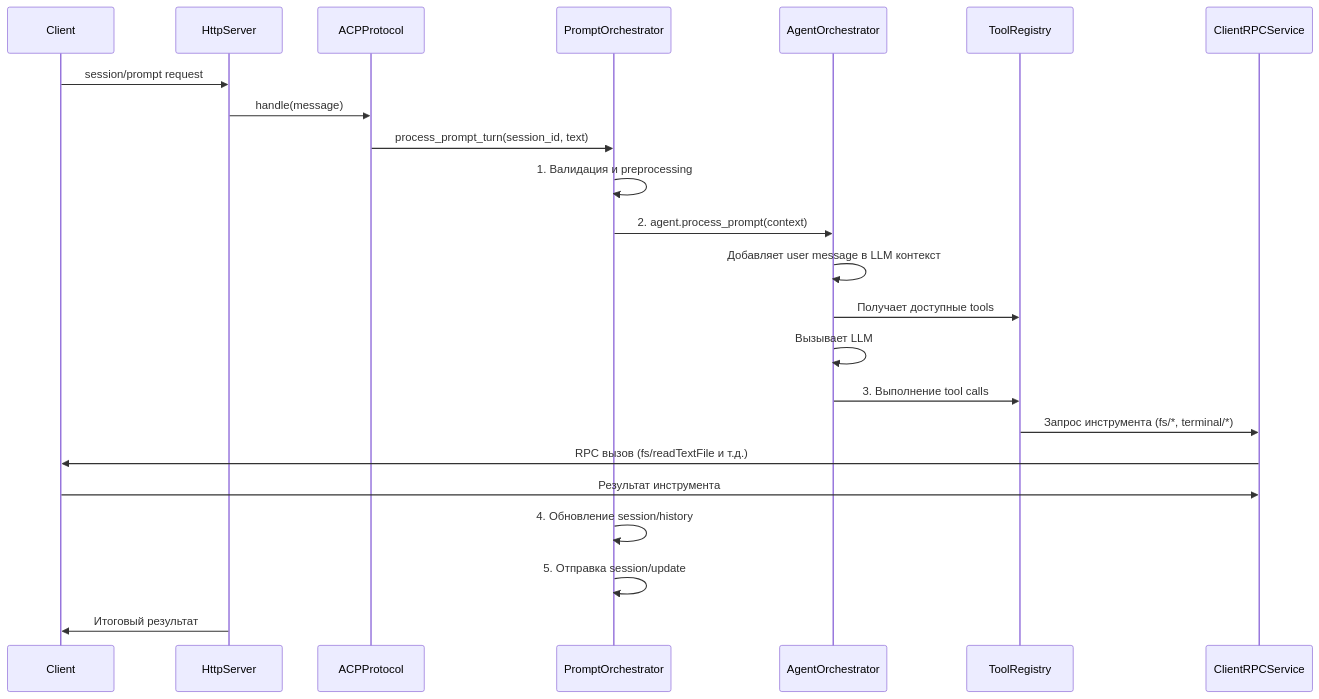
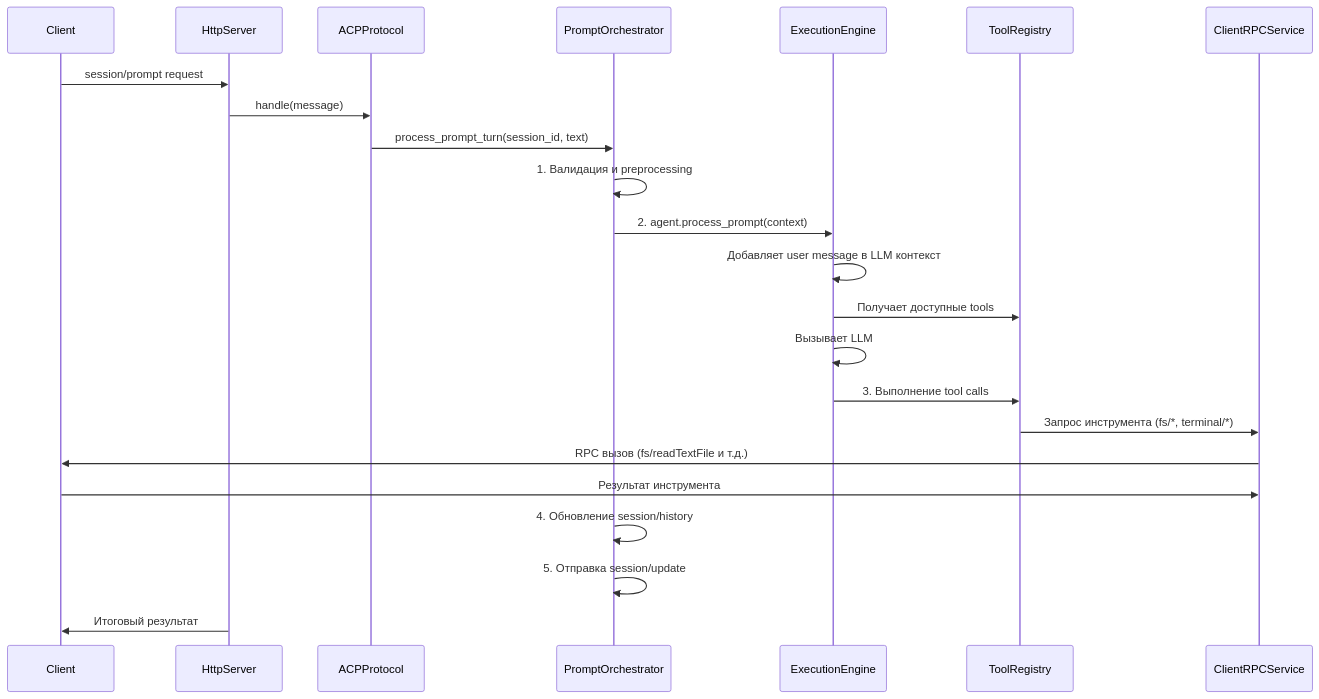
One commit to pese-git/codelab-agent changed the fifth of 15 diagrams in ARCHITECTURE.md. Above: the diagram before and after it, drawn with Mermaid. The commit also changed other lines of this file and 10 other files, not shown here.

````diff
--- a/ARCHITECTURE.md
+++ b/ARCHITECTURE.md
@@ -291,32 +291,32 @@
 ```mermaid
 sequenceDiagram
     participant Client
     participant HttpServer
     participant ACPProtocol
     participant PromptOrch as PromptOrchestrator
-    participant Agent as AgentOrchestrator
+    participant Agent as ExecutionEngine
     participant Tools as ToolRegistry
     participant ClientRPC as ClientRPCService
 
     Client->>HttpServer: session/prompt request
     HttpServer->>ACPProtocol: handle(message)
     
     ACPProtocol->>PromptOrch: process_prompt_turn(session_id, text)
     
     PromptOrch->>PromptOrch: 1. Валидация и preprocessing
     
     PromptOrch->>Agent: 2. agent.process_prompt(context)
     Agent->>Agent: Добавляет user message в LLM контекст
     Agent->>Tools: Получает доступные tools
     Agent->>Agent: Вызывает LLM
     
     Agent->>Tools: 3. Выполнение tool calls
     Tools->>ClientRPC: Запрос инструмента (fs/*, terminal/*)
     ClientRPC->>Client: RPC вызов (fs/readTextFile и т.д.)
     Client->>ClientRPC: Результат инструмента
     
     PromptOrch->>PromptOrch: 4. Обновление session/history
     PromptOrch->>PromptOrch: 5. Отправка session/update
     
     HttpServer->>Client: Итоговый результат
 ```
````
